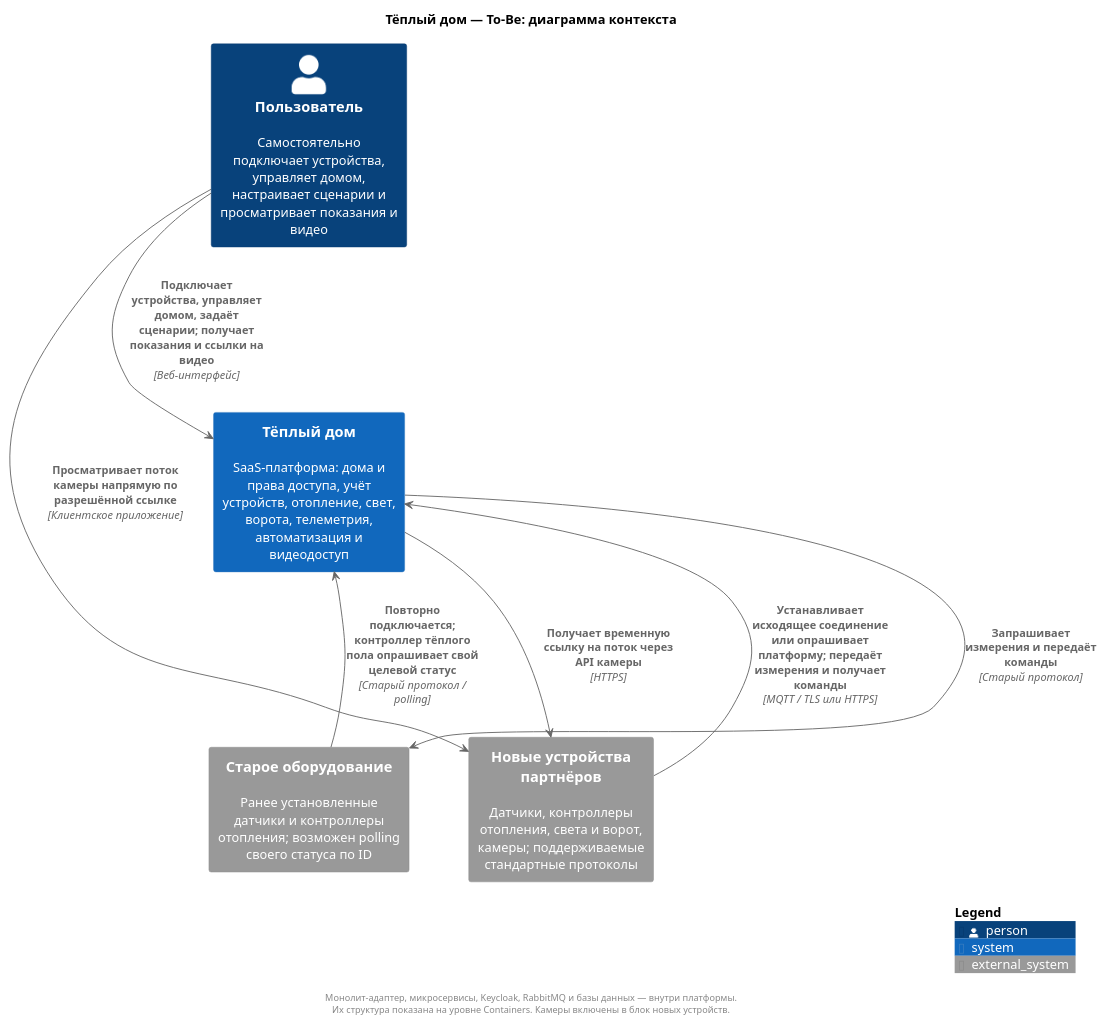
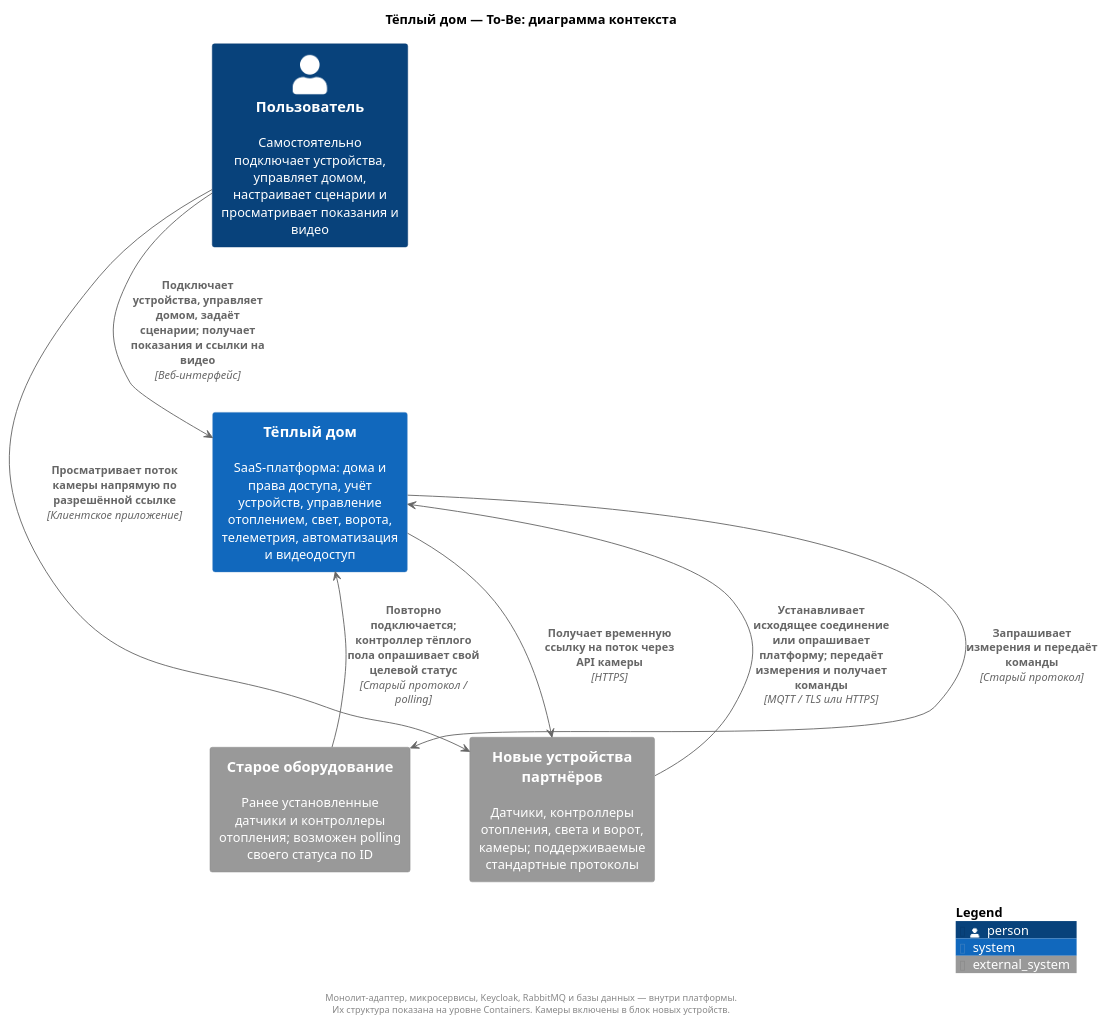
Before and after one commit to AndyMcFishka/architecture-pro-warmhouse: the diagram in diagrams/to-be-context.puml, drawn with PlantUML. The commit also changed 11 other files, not shown here.

```diff
--- a/diagrams/to-be-context.puml
+++ b/diagrams/to-be-context.puml
@@ -1,31 +1,31 @@
 @startuml
 !include <C4/C4_Context>
 
 title Тёплый дом — To-Be: диаграмма контекста
 LAYOUT_TOP_DOWN()
 skinparam nodesep 65
 skinparam ranksep 65
 
 Person(user, "Пользователь", "Самостоятельно подключает устройства, управляет домом, настраивает сценарии и просматривает показания и видео")
 
-System(warmhouse, "Тёплый дом", "SaaS-платформа: дома и права доступа, учёт устройств, отопление, свет, ворота, телеметрия, автоматизация и видеодоступ")
+System(warmhouse, "Тёплый дом", "SaaS-платформа: дома и права доступа, учёт устройств, управление отоплением, свет, ворота, телеметрия, автоматизация и видеодоступ")
 System_Ext(legacy, "Старое оборудование", "Ранее установленные датчики и контроллеры отопления; возможен polling своего статуса по ID")
 System_Ext(modern, "Новые устройства партнёров", "Датчики, контроллеры отопления, света и ворот, камеры; поддерживаемые стандартные протоколы")
 
 Rel_(user, warmhouse, "Подключает устройства, управляет домом, задаёт сценарии; получает показания и ссылки на видео", "Веб-интерфейс", "-[norank]->")
 Rel_(warmhouse, legacy, "Запрашивает измерения и передаёт команды", "Старый протокол", "-[norank]->")
 Rel_(legacy, warmhouse, "Повторно подключается; контроллер тёплого пола опрашивает свой целевой статус", "Старый протокол / polling", "-[norank]->")
 Rel_(modern, warmhouse, "Устанавливает исходящее соединение или опрашивает платформу; передаёт измерения и получает команды", "MQTT / TLS или HTTPS", "-[norank]->")
 Rel_(user, modern, "Просматривает поток камеры напрямую по разрешённой ссылке", "Клиентское приложение", "-[norank]->")
 
 Lay_D(user, warmhouse)
 Lay_D(warmhouse, legacy)
 Lay_R(legacy, modern)
 
 footer
   Монолит-адаптер, микросервисы, Keycloak, RabbitMQ и базы данных — внутри платформы.
   Их структура показана на уровне Containers. Камеры включены в блок новых устройств.
 end footer
 Rel_(warmhouse, modern, "Получает временную ссылку на поток через API камеры", "HTTPS", "-[norank]->")
 SHOW_LEGEND()
 @enduml
```
